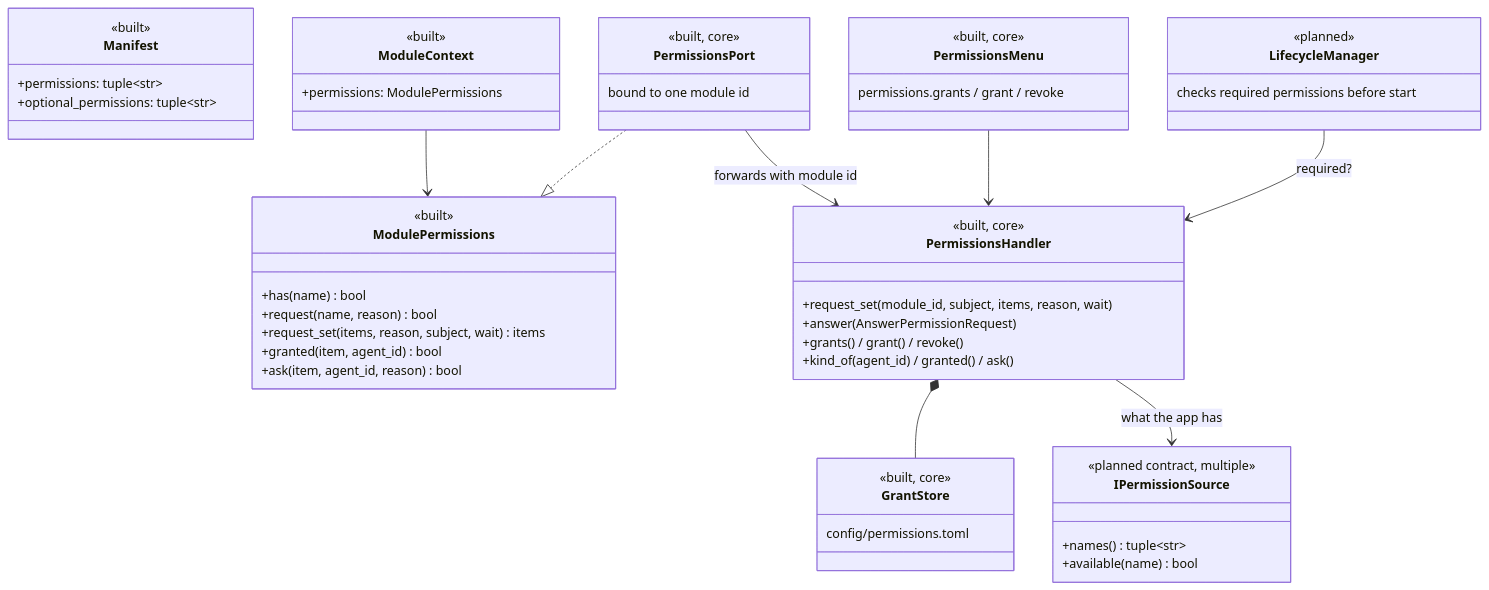
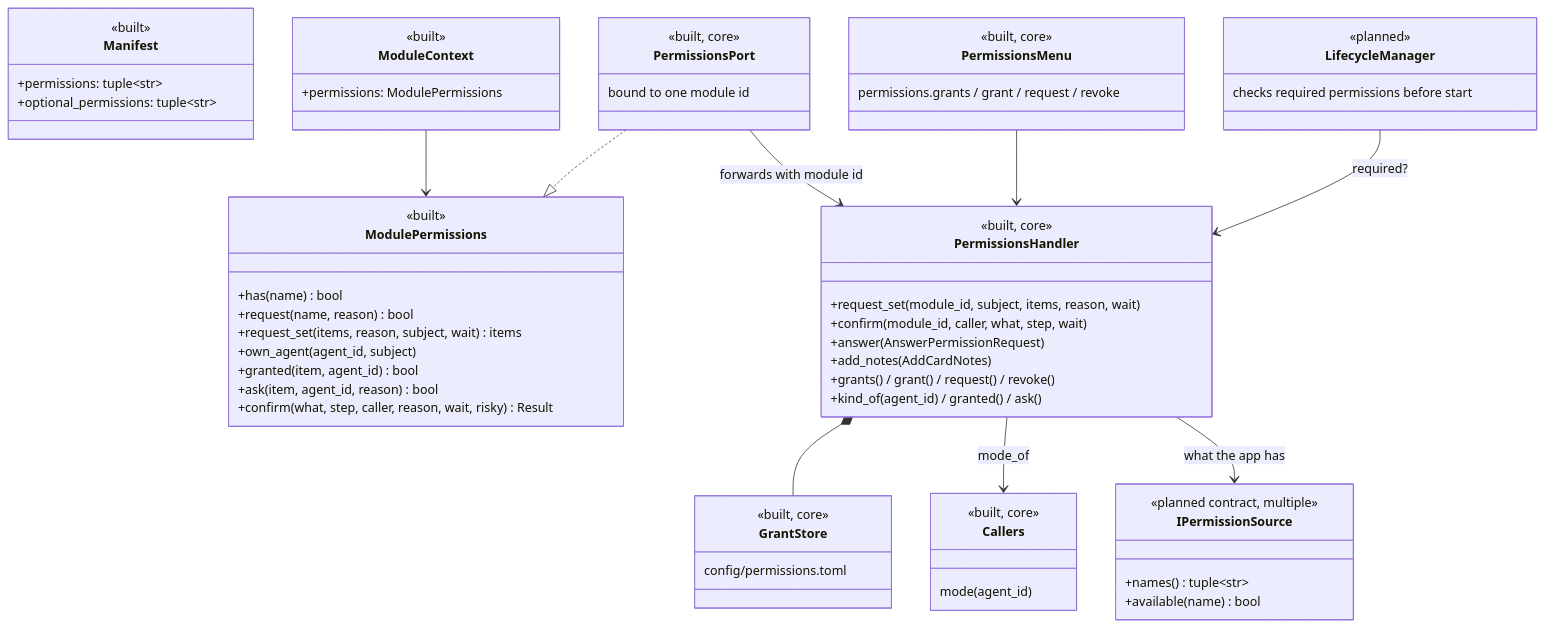
The second of 4 diagrams in docs/architecture/permissions.md (sharramon/AI_Assistant), drawn with Mermaid before and after one commit. The commit also changed other lines of this file and 8 other files, not shown here.

````diff
--- a/docs/architecture/permissions.md
+++ b/docs/architecture/permissions.md
@@ -173,55 +219,64 @@
 ```mermaid
 classDiagram
     class Manifest {
         <<built>>
         +permissions: tuple~str~
         +optional_permissions: tuple~str~
     }
     class ModuleContext {
         <<built>>
         +permissions: ModulePermissions
     }
     class ModulePermissions {
         <<built>>
         +has(name) bool
         +request(name, reason) bool
         +request_set(items, reason, subject, wait) items
+        +own_agent(agent_id, subject)
         +granted(item, agent_id) bool
         +ask(item, agent_id, reason) bool
+        +confirm(what, step, caller, reason, wait, risky) Result
     }
     class PermissionsPort {
         <<built, core>>
         bound to one module id
     }
     class PermissionsHandler {
         <<built, core>>
         +request_set(module_id, subject, items, reason, wait)
+        +confirm(module_id, caller, what, step, wait)
         +answer(AnswerPermissionRequest)
-        +grants() / grant() / revoke()
+        +add_notes(AddCardNotes)
+        +grants() / grant() / request() / revoke()
         +kind_of(agent_id) / granted() / ask()
     }
     class GrantStore {
         <<built, core>>
         config/permissions.toml
     }
     class PermissionsMenu {
         <<built, core>>
-        permissions.grants / grant / revoke
+        permissions.grants / grant / request / revoke
+    }
+    class Callers {
+        <<built, core>>
+        mode(agent_id)
     }
     class LifecycleManager {
         <<planned>>
         checks required permissions before start
     }
     class IPermissionSource {
         <<planned contract, multiple>>
         +names() tuple~str~
         +available(name) bool
     }
     ModuleContext --> ModulePermissions
     PermissionsPort ..|> ModulePermissions
     PermissionsPort --> PermissionsHandler : forwards with module id
     PermissionsHandler *-- GrantStore
+    PermissionsHandler --> Callers : mode_of
     PermissionsMenu --> PermissionsHandler
     LifecycleManager --> PermissionsHandler : required?
     PermissionsHandler --> IPermissionSource : what the app has
 ```
````
